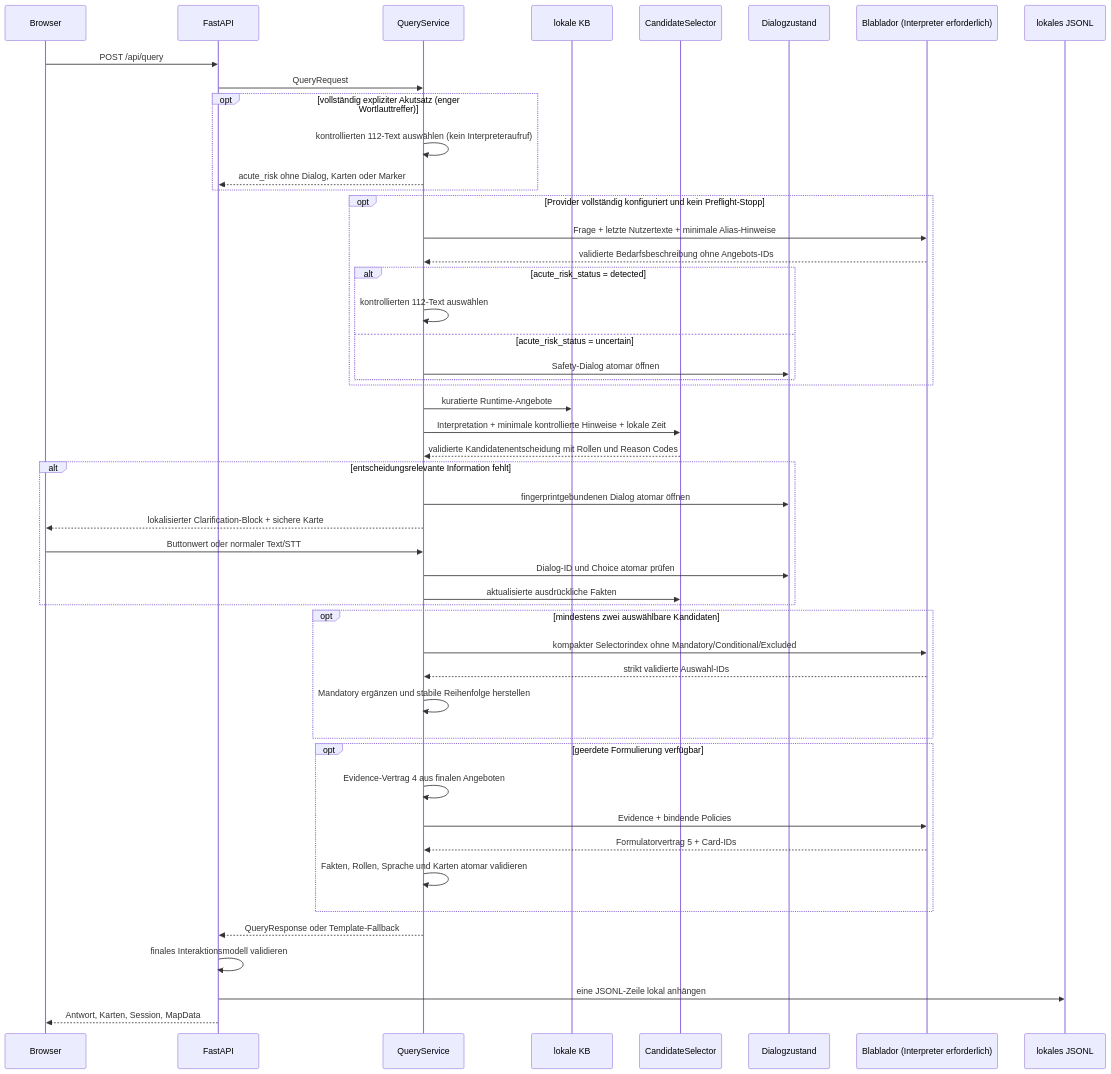
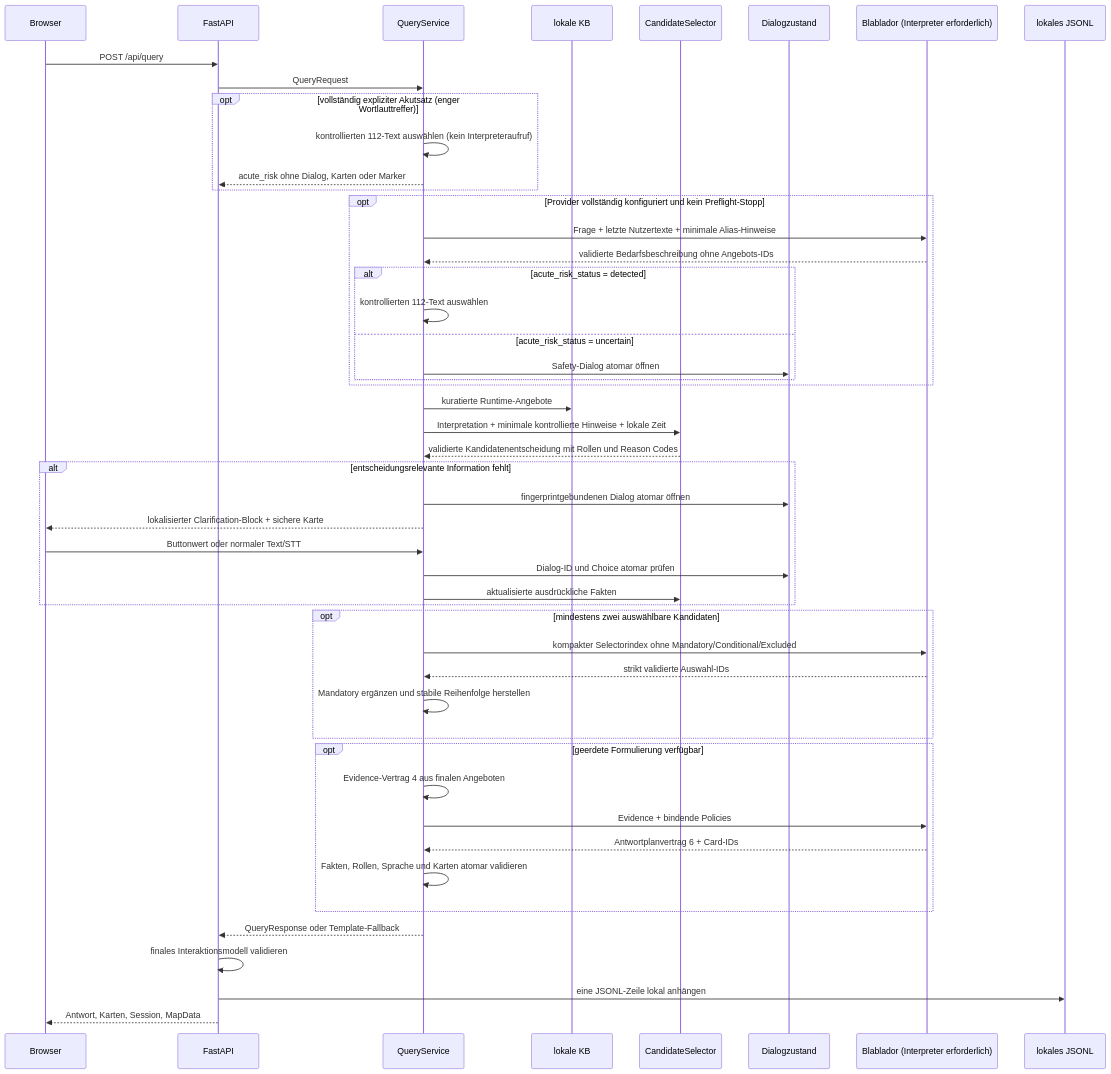
One commit to HannahHoffner/lena-grounded-voice-assistant changed the diagram in docs/data-flow.md. Above: the diagram before and after it, drawn with Mermaid. The commit also changed other lines of this file and 42 other files, not shown here.

````diff
--- a/docs/data-flow.md
+++ b/docs/data-flow.md
@@ -5,51 +5,51 @@
 ```mermaid
 sequenceDiagram
     participant B as Browser
     participant A as FastAPI
     participant S as QueryService
     participant K as lokale KB
     participant C as CandidateSelector
     participant D as Dialogzustand
     participant L as Blablador (Interpreter erforderlich)
     participant J as lokales JSONL
     B->>A: POST /api/query
     A->>S: QueryRequest
     opt vollständig expliziter Akutsatz (enger Wortlauttreffer)
         S->>S: kontrollierten 112-Text auswählen (kein Interpreteraufruf)
         S-->>A: acute_risk ohne Dialog, Karten oder Marker
     end
     opt Provider vollständig konfiguriert und kein Preflight-Stopp
         S->>L: Frage + letzte Nutzertexte + minimale Alias-Hinweise
         L-->>S: validierte Bedarfsbeschreibung ohne Angebots-IDs
         alt acute_risk_status = detected
             S->>S: kontrollierten 112-Text auswählen
         else acute_risk_status = uncertain
             S->>D: Safety-Dialog atomar öffnen
         end
     end
     S->>K: kuratierte Runtime-Angebote
     S->>C: Interpretation + minimale kontrollierte Hinweise + lokale Zeit
     C-->>S: validierte Kandidatenentscheidung mit Rollen und Reason Codes
     alt entscheidungsrelevante Information fehlt
         S->>D: fingerprintgebundenen Dialog atomar öffnen
         S-->>B: lokalisierter Clarification-Block + sichere Karte
         B->>S: Buttonwert oder normaler Text/STT
         S->>D: Dialog-ID und Choice atomar prüfen
         S->>C: aktualisierte ausdrückliche Fakten
     end
     opt mindestens zwei auswählbare Kandidaten
         S->>L: kompakter Selectorindex ohne Mandatory/Conditional/Excluded
         L-->>S: strikt validierte Auswahl-IDs
         S->>S: Mandatory ergänzen und stabile Reihenfolge herstellen
     end
     opt geerdete Formulierung verfügbar
         S->>S: Evidence-Vertrag 4 aus finalen Angeboten
         S->>L: Evidence + bindende Policies
-        L-->>S: Formulatorvertrag 5 + Card-IDs
+        L-->>S: Antwortplanvertrag 6 + Card-IDs
         S->>S: Fakten, Rollen, Sprache und Karten atomar validieren
     end
     S-->>A: QueryResponse oder Template-Fallback
     A->>A: finales Interaktionsmodell validieren
     A->>J: eine JSONL-Zeile lokal anhängen
     A-->>B: Antwort, Karten, Session, MapData
 ```
````
